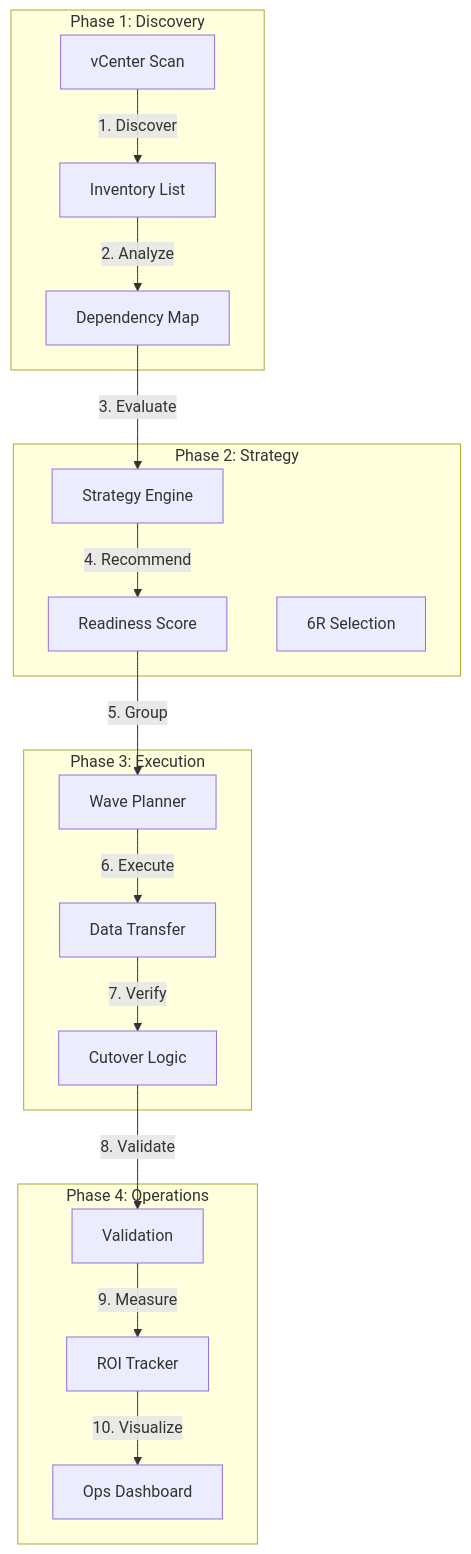
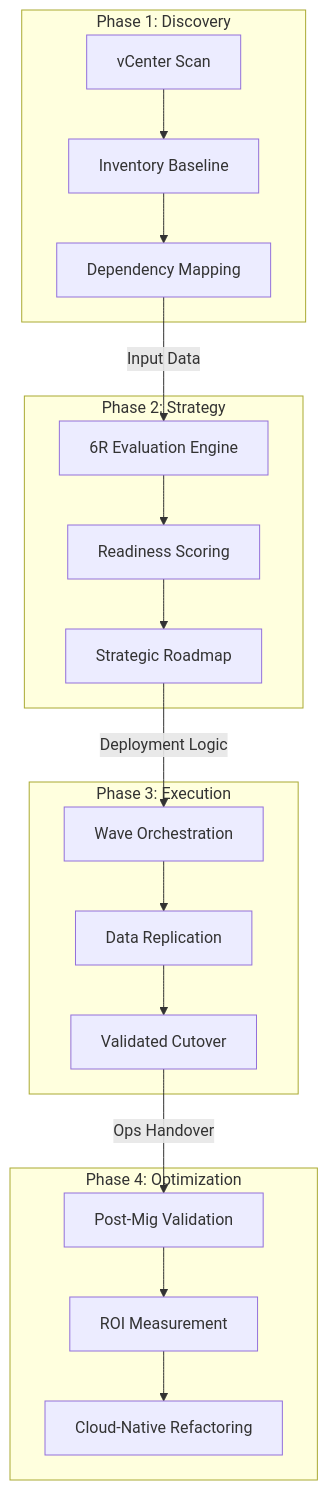
One commit to Devopstrio/vmware-to-cloud-playbook changed the second of 3 diagrams in README.md. Above: the diagram before and after it, drawn with Mermaid. The commit also changed other lines of this file, not shown here.

Commit message:
docs: professionalize architecture diagrams and principal reference model

````diff
--- a/README.md
+++ b/README.md
@@ -45,37 +150,26 @@
 ```mermaid
 graph TD
-    subgraph "Phase 1: Discovery"
-        vCenter[vCenter Scan]
-        Inventory[Inventory List]
-        Dep[Dependency Map]
+    subgraph Phase1["Phase 1: Discovery"]
+        vScan[vCenter Scan] --> Inventory[Inventory Baseline]
+        Inventory --> DepMap[Dependency Mapping]
     end
 
-    subgraph "Phase 2: Strategy"
-        Rec[Strategy Engine]
-        Score[Readiness Score]
-        Choice[6R Selection]
+    subgraph Phase2["Phase 2: Strategy"]
+        6R[6R Evaluation Engine] --> Score[Readiness Scoring]
+        Score --> Plan[Strategic Roadmap]
     end
 
-    subgraph "Phase 3: Execution"
-        Wave[Wave Planner]
-        Xfer[Data Transfer]
-        Cutover[Cutover Logic]
+    subgraph Phase3["Phase 3: Execution"]
+        Wave[Wave Orchestration] --> DataSync[Data Replication]
+        DataSync --> Cutover[Validated Cutover]
     end
 
-    subgraph "Phase 4: Operations"
-        Val[Validation]
-        ROI[ROI Tracker]
-        Dash[Ops Dashboard]
+    subgraph Phase4["Phase 4: Optimization"]
+        Val[Post-Mig Validation] --> ROI[ROI Measurement]
+        ROI --> Modernize[Cloud-Native Refactoring]
     end
 
-    vCenter -->|1. Discover| Inventory
-    Inventory -->|2. Analyze| Dep
-    Dep -->|3. Evaluate| Rec
-    Rec -->|4. Recommend| Score
-    Score -->|5. Group| Wave
-    Wave -->|6. Execute| Xfer
-    Xfer -->|7. Verify| Cutover
-    Cutover -->|8. Validate| Val
-    Val -->|9. Measure| ROI
-    ROI -->|10. Visualize| Dash
+    DepMap -->|Input Data| 6R
+    Plan -->|Deployment Logic| Wave
+    Cutover -->|Ops Handover| Val
 ```
````
